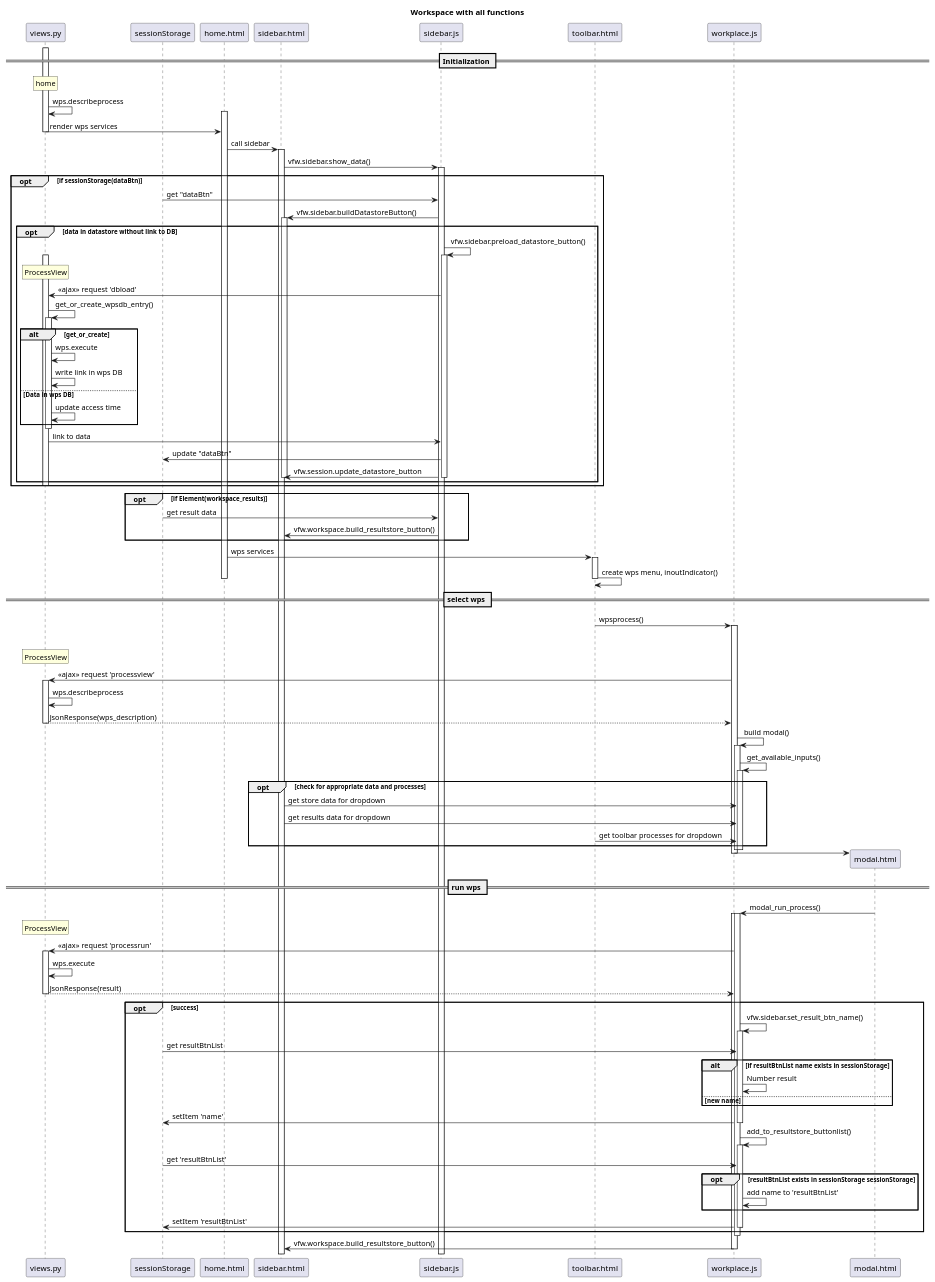
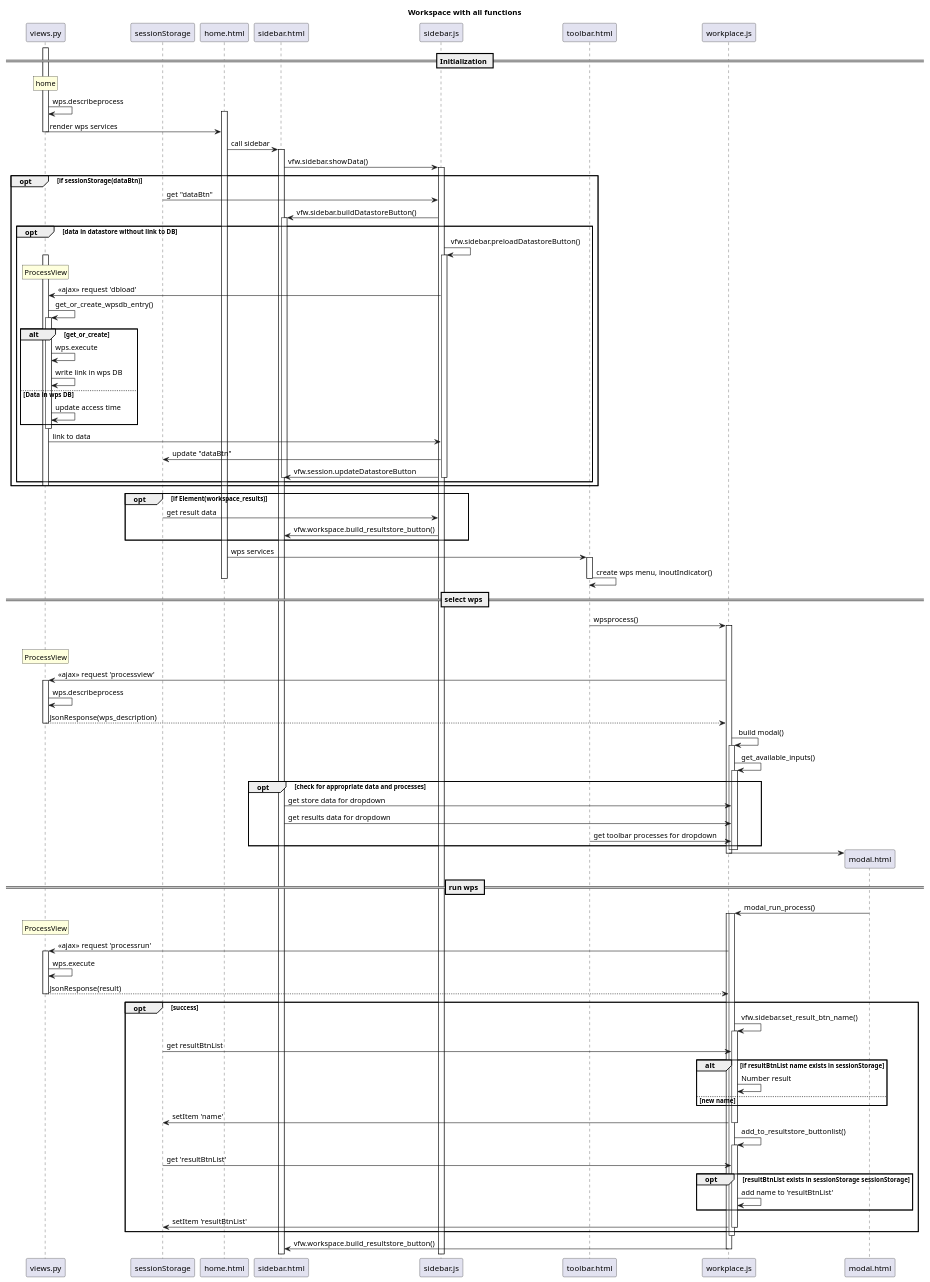
The second of 2 diagrams in diagrams/Seq_Workspace.puml (VForWaTer/vforwater-portal), drawn with PlantUML before and after one commit. The commit also changed other lines of this file and 16 other files, not shown here.

```diff
--- a/diagrams/Seq_Workspace.puml
+++ b/diagrams/Seq_Workspace.puml
@@ -71,104 +71,104 @@
 @startuml
 title Workspace with all functions
 
 'hide footbox
 
 participant views.py
 participant sessionStorage
 
 == Initialization ==
 participant home.html
 activate views.py
 rnote over views.py: home
 views.py -> views.py: wps.describeprocess
 activate home.html
 views.py -> home.html--: render wps services
 
 home.html -> sidebar.html: call sidebar
 activate sidebar.html
-sidebar.html -> sidebar.js ++: vfw.sidebar.show_data()
+sidebar.html -> sidebar.js ++: vfw.sidebar.showData()
 opt if sessionStorage(dataBtn)
     sessionStorage -> sidebar.js: get "dataBtn"
     sidebar.js -> sidebar.html ++: vfw.sidebar.buildDatastoreButton()
     opt data in datastore without link to DB
-        sidebar.js -> sidebar.js ++: vfw.sidebar.preload_datastore_button()
+        sidebar.js -> sidebar.js ++: vfw.sidebar.preloadDatastoreButton()
         rnote over views.py: ProcessView
         activate views.py
         sidebar.js -> views.py: <<ajax>> request 'dbload'
         views.py -> views.py ++: get_or_create_wpsdb_entry()
         alt get_or_create
 '           views.py -> sidebar.js --: link to data
             views.py -> views.py: wps.execute
             views.py -> views.py: write link in wps DB
         else Data in wps DB
             views.py -> views.py: update access time
         end
         deactivate views.py
         views.py -> sidebar.js: link to data
             sidebar.js -> sessionStorage: update "dataBtn"
-            sidebar.js -> sidebar.html: vfw.session.update_datastore_button
+            sidebar.js -> sidebar.html: vfw.session.updateDatastoreButton
             deactivate sidebar.html
             deactivate sidebar.js
     end
 deactivate views.py
 end
 opt if Element(workspace_results)
     sessionStorage -> sidebar.js: get result data
     sidebar.js -> sidebar.html: vfw.workspace.build_resultstore_button()
 end
 'sidebar.js -> sidebar.html : create datastore
 
 home.html -> toolbar.html ++: wps services
 toolbar.html -> toolbar.html: create wps menu, inoutIndicator()
 deactivate home.html
 deactivate toolbar.html
 
 == select wps ==
 toolbar.html -> workplace.js ++: wpsprocess()
 deactivate toolbar.html
 rnote over views.py: ProcessView
 workplace.js -> views.py ++: <<ajax>> request 'processview'
 views.py -> views.py: wps.describeprocess
 return JsonResponse(wps_description)
 workplace.js -> workplace.js++: build modal()
 workplace.js -> workplace.js++: get_available_inputs()
 
 opt check for appropriate data and processes
     sidebar.html -> workplace.js: get store data for dropdown
     sidebar.html -> workplace.js: get results data for dropdown
     toolbar.html -> workplace.js: get toolbar processes for dropdown
 end
 
 deactivate workplace.js
 deactivate workplace.js
 workplace.js -> modal.html **
 deactivate workplace.js
 
 == run wps ==
 modal.html -> workplace.js ++: modal_run_process()
 rnote over views.py: ProcessView
 activate workplace.js
 workplace.js -> views.py ++: <<ajax>> request 'processrun'
 views.py -> views.py: wps.execute
 return JsonResponse(result)
 opt success
     workplace.js -> workplace.js ++: vfw.sidebar.set_result_btn_name()
     sessionStorage -> workplace.js: get resultBtnList
     alt if resultBtnList name exists in sessionStorage
         workplace.js -> workplace.js: Number result
         else new name
     end
         workplace.js -> sessionStorage: setItem 'name'
 deactivate workplace.js
     workplace.js -> workplace.js ++: add_to_resultstore_buttonlist()
     sessionStorage -> workplace.js: get 'resultBtnList'
     opt resultBtnList exists in sessionStorage sessionStorage
         workplace.js -> workplace.js: add name to 'resultBtnList'
     end
         workplace.js -> sessionStorage: setItem 'resultBtnList'
 deactivate workplace.js
 end
 deactivate workplace.js
 workplace.js -> sidebar.html: vfw.workspace.build_resultstore_button()
 deactivate workplace.js
 @enduml
```
